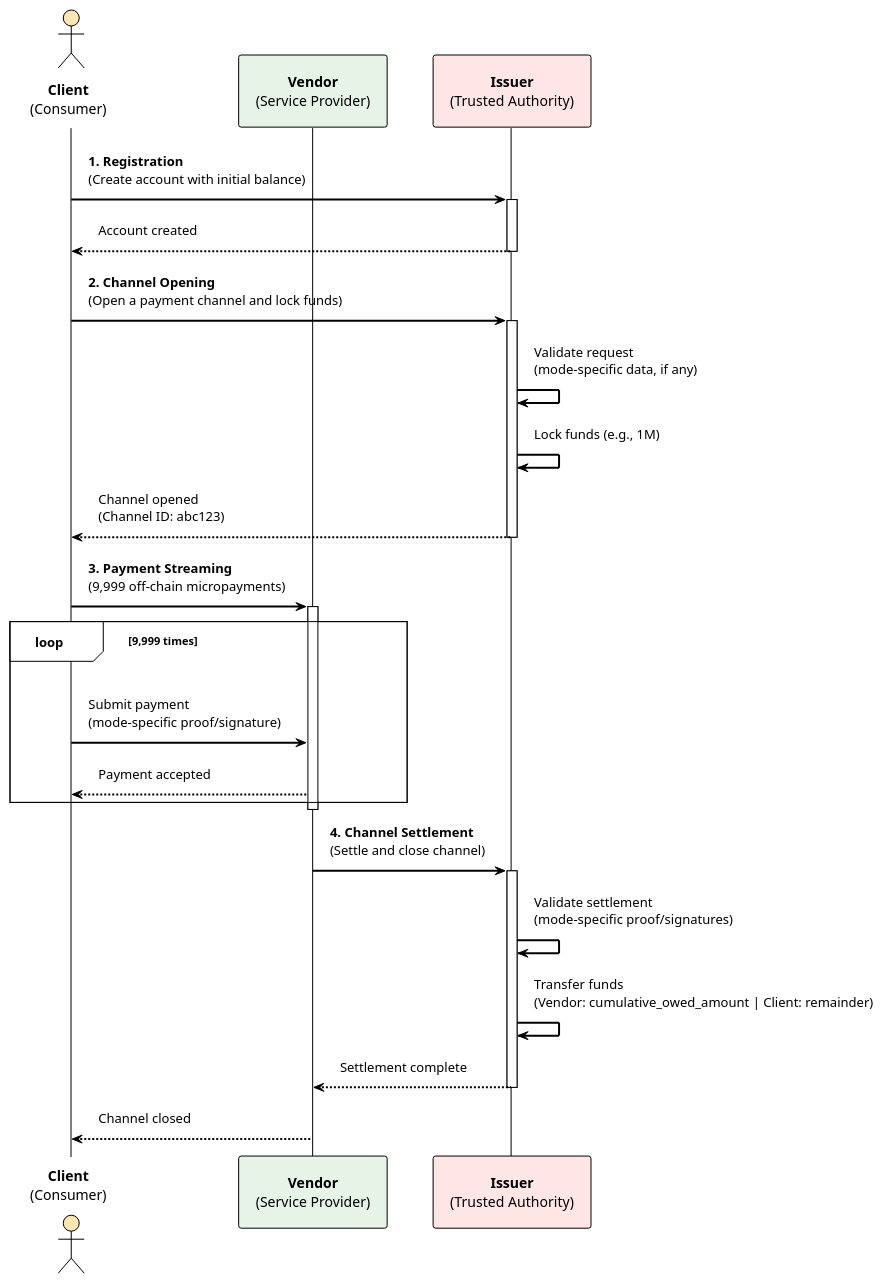
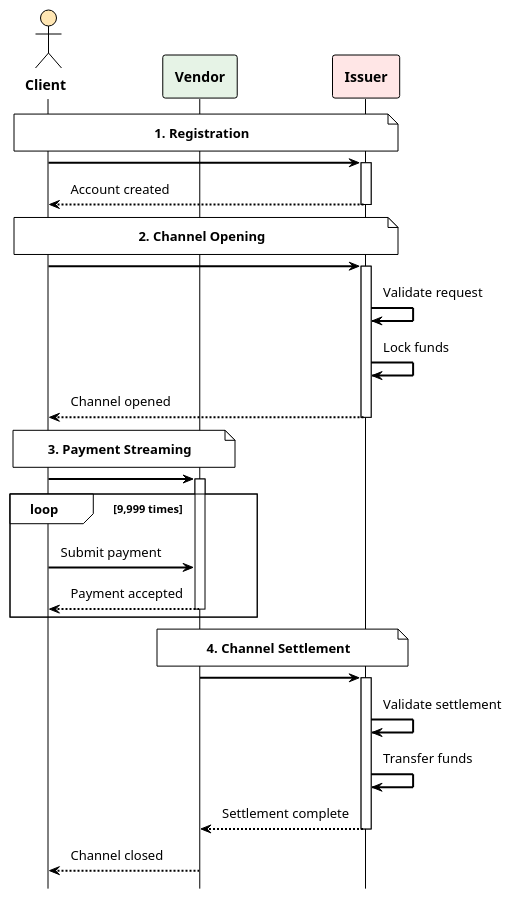
One commit to otaviootavio/nanomoni changed the diagram in umls/system-overview.puml. Above: the diagram before and after it, drawn with PlantUML. The commit also changed 6 other files, not shown here.

First line of the commit message:
Refactor UML diagrams for clarity and consistency

```diff
--- a/umls/system-overview.puml
+++ b/umls/system-overview.puml
@@ -1,50 +1,57 @@
 @startuml System_Overview
 
 !theme plain
 skinparam backgroundColor white
 skinparam componentStyle rectangle
-skinparam padding 10
-skinparam BoxPadding 10
-skinparam RectanglePadding 10
+skinparam padding 5
+skinparam BoxPadding 5
+skinparam RectanglePadding 5
+skinparam NotePadding 2
 skinparam RectangleBorderThickness 2
 skinparam Shadowing false
 skinparam ArrowThickness 2
 
-actor "**Client**\n(Consumer)" as Client #FFE6B3
-participant "**Vendor**\n(Service Provider)" as Vendor #E6F3E6
-participant "**Issuer**\n(Trusted Authority)" as Issuer #FFE6E6
+hide footbox
+
+actor "**Client**" as Client #FFE6B3
+participant "**Vendor**" as Vendor #E6F3E6
+participant "**Issuer**" as Issuer #FFE6E6
 
 
-Client -> Issuer: **1. Registration**\n(Create account with initial balance)
+note over Client, Issuer: **1. Registration**
+Client -> Issuer
 activate Issuer
 Issuer --> Client: Account created
 deactivate Issuer
 
-Client -> Issuer: **2. Channel Opening**\n(Open a payment channel and lock funds)
+note over Client, Issuer: **2. Channel Opening**
+Client -> Issuer
 activate Issuer
-Issuer -> Issuer: Validate request\n(mode-specific data, if any)
-Issuer -> Issuer: Lock funds (e.g., 1M)
-Issuer --> Client: Channel opened\n(Channel ID: abc123)
+Issuer -> Issuer: Validate request
+Issuer -> Issuer: Lock funds
+Issuer --> Client: Channel opened
 deactivate Issuer
 
 
-Client -> Vendor: **3. Payment Streaming**\n(9,999 off-chain micropayments)
-activate Vendor
+note over Client, Vendor: **3. Payment Streaming**
+Client -> Vendor
 
 loop 9,999 times
-  Client -> Vendor: Submit payment\n(mode-specific proof/signature)
+activate Vendor
+  Client -> Vendor: Submit payment
   Vendor --> Client: Payment accepted
+deactivate Vendor
 end
 
-deactivate Vendor
 
-Vendor -> Issuer: **4. Channel Settlement**\n(Settle and close channel)
+note over Vendor, Issuer: **4. Channel Settlement**
+Vendor -> Issuer
 activate Issuer
-Issuer -> Issuer: Validate settlement\n(mode-specific proof/signatures)
-Issuer -> Issuer: Transfer funds\n(Vendor: cumulative_owed_amount | Client: remainder)
+Issuer -> Issuer: Validate settlement
+Issuer -> Issuer: Transfer funds
 Issuer --> Vendor: Settlement complete
 deactivate Issuer
 
 Vendor --> Client: Channel closed
 
 @enduml
```
